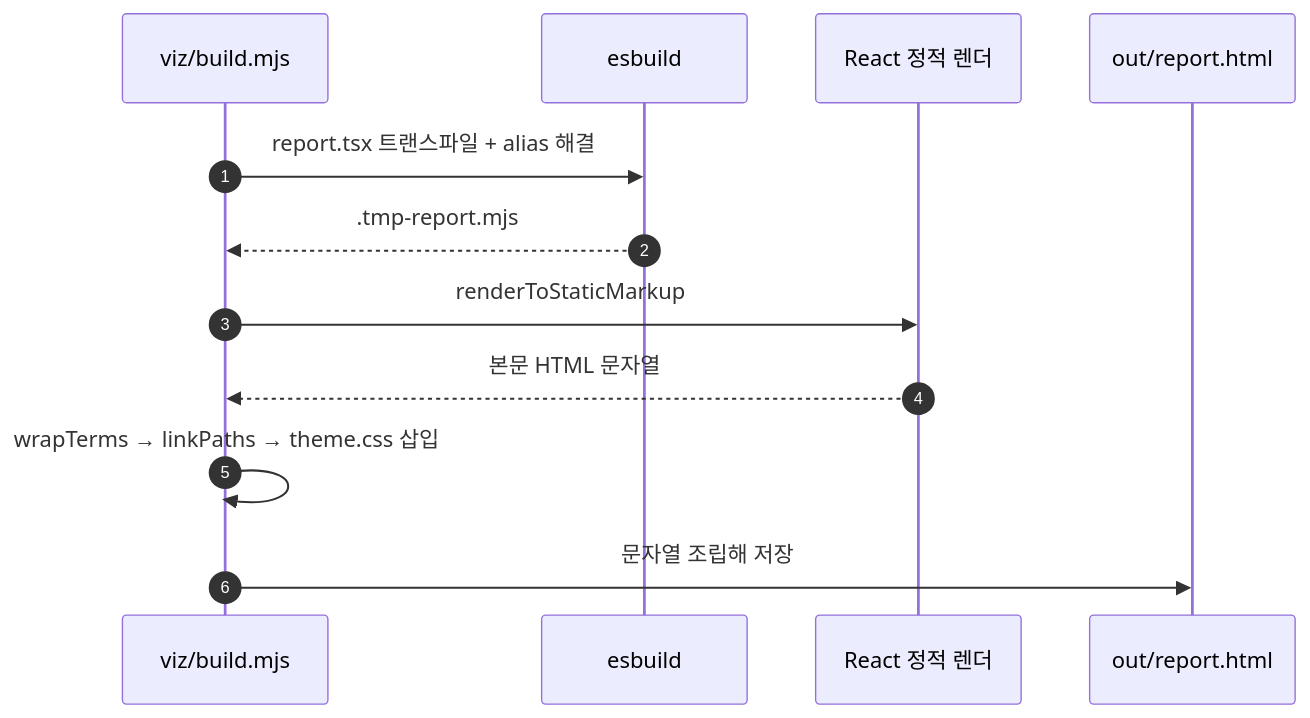
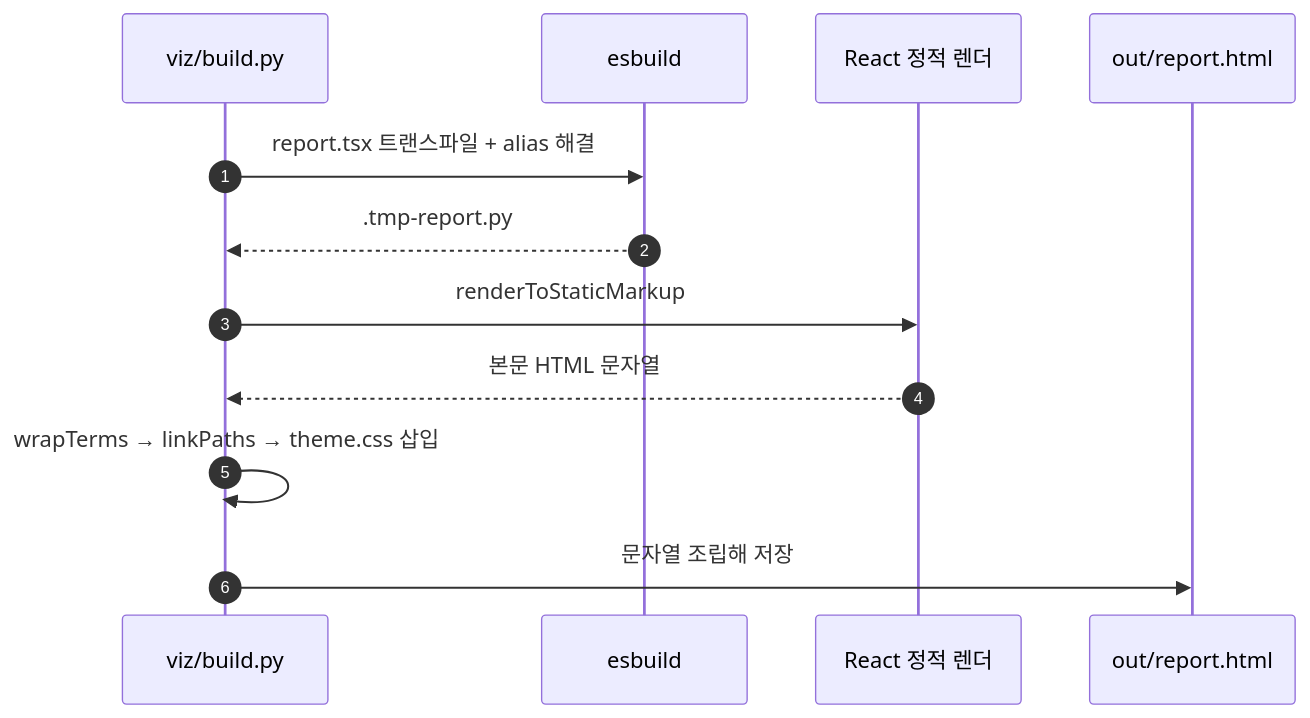
One commit to DogGuyMan/Agent-Report-Build-Pipeline changed the fifth of 5 diagrams in ARCHITECTURE.md. Above: the diagram before and after it, drawn with Mermaid. The commit also changed other lines of this file and 74 other files, not shown here.

````diff
--- a/ARCHITECTURE.md
+++ b/ARCHITECTURE.md
@@ -361,14 +362,14 @@
 ```mermaid
 sequenceDiagram
   autonumber
-  participant B as viz/build.mjs
+  participant B as viz/build.py
   participant E as esbuild
   participant R as React 정적 렌더
   participant F as out/report.html
   B->>E: report.tsx 트랜스파일 + alias 해결
-  E-->>B: .tmp-report.mjs
+  E-->>B: .tmp-report.py
   B->>R: renderToStaticMarkup
   R-->>B: 본문 HTML 문자열
   B->>B: wrapTerms → linkPaths → theme.css 삽입
   B->>F: 문자열 조립해 저장
 ```
````
